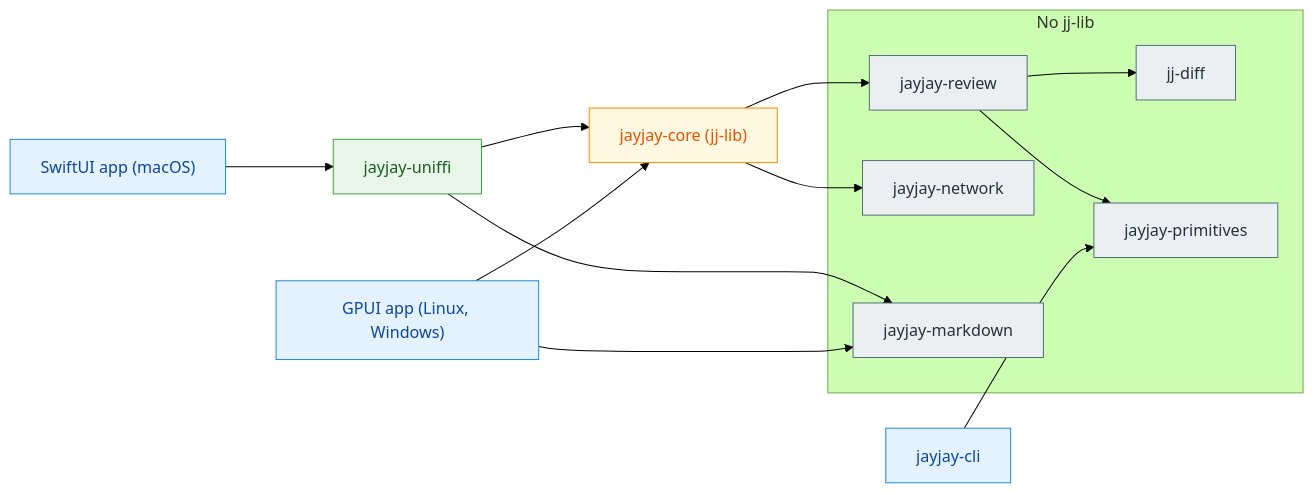
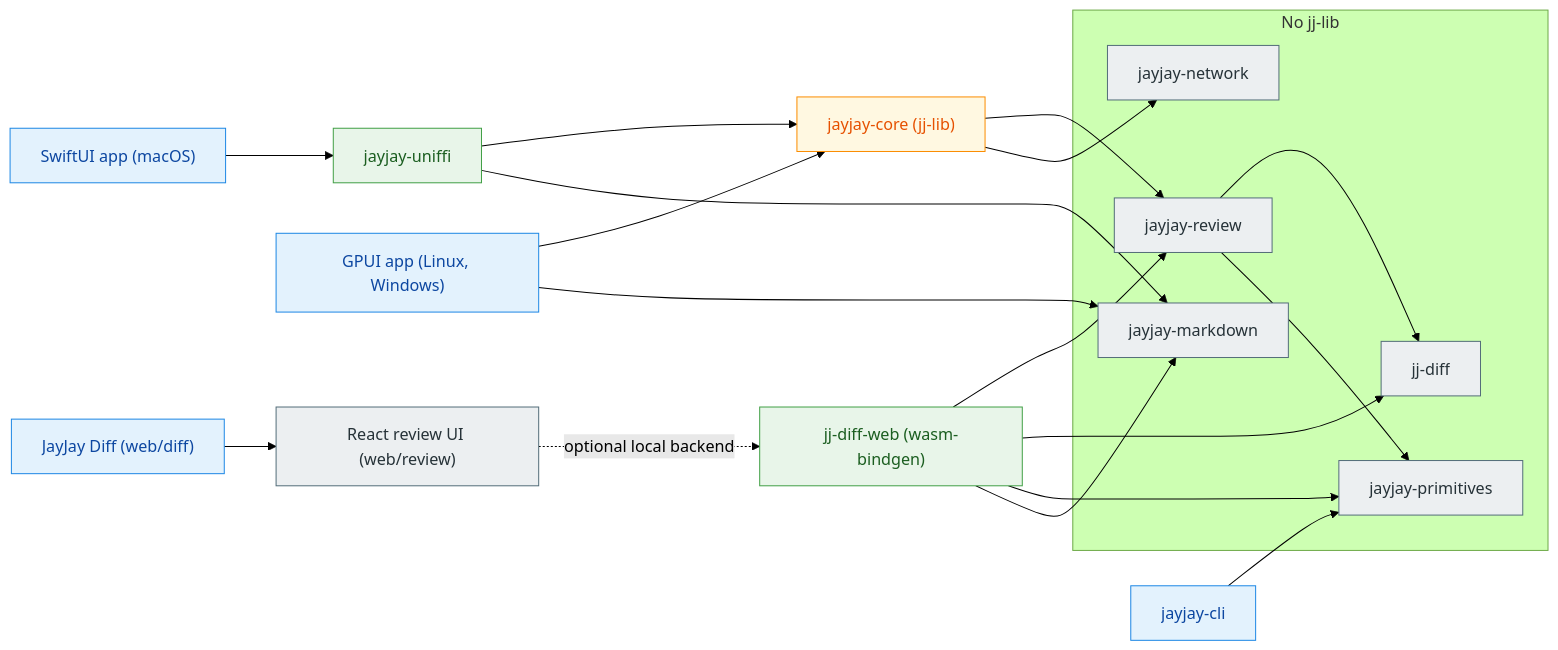
One commit to hewigovens/jayjay changed the diagram in README.md. Above: the diagram before and after it, drawn with Mermaid (forest theme). The commit also changed other lines of this file, not shown here.

First line of the commit message:
docs: document the web diff and review architecture

````diff
--- a/README.md
+++ b/README.md
@@ -124,32 +134,38 @@
 ```mermaid
 flowchart LR
   swiftui["SwiftUI app (macOS)"] --> uniffi[jayjay-uniffi]
   uniffi --> core["jayjay-core (jj-lib)"]
   gpui["GPUI app (Linux, Windows)"] --> core
   cli[jayjay-cli]
+  webdiff["JayJay Diff (web/diff)"] --> webreview["React review UI (web/review)"]
+  webreview -. optional local backend .-> wasm["jj-diff-web (wasm-bindgen)"]
 
   subgraph portable [No jj-lib]
     review[jayjay-review]
     diff[jj-diff]
     primitives[jayjay-primitives]
     network[jayjay-network]
     markdown[jayjay-markdown]
   end
 
+  wasm --> review
+  wasm --> diff
+  wasm --> primitives
+  wasm --> markdown
   core --> review
   core --> network
   review --> diff
   review --> primitives
   cli --> primitives
   uniffi --> markdown
   gpui --> markdown
 
   classDef app fill:#E3F2FD,stroke:#1E88E5,color:#0D47A1;
   classDef ffi fill:#E8F5E9,stroke:#43A047,color:#1B5E20;
   classDef core fill:#FFF8E1,stroke:#FB8C00,color:#E65100;
   classDef lib fill:#ECEFF1,stroke:#546E7A,color:#263238;
-  class swiftui,gpui,cli app;
-  class uniffi ffi;
+  class swiftui,gpui,cli,webdiff app;
+  class uniffi,wasm ffi;
   class core core;
-  class review,diff,primitives,network,markdown lib;
+  class review,diff,primitives,network,markdown,webreview lib;
 ```
````
